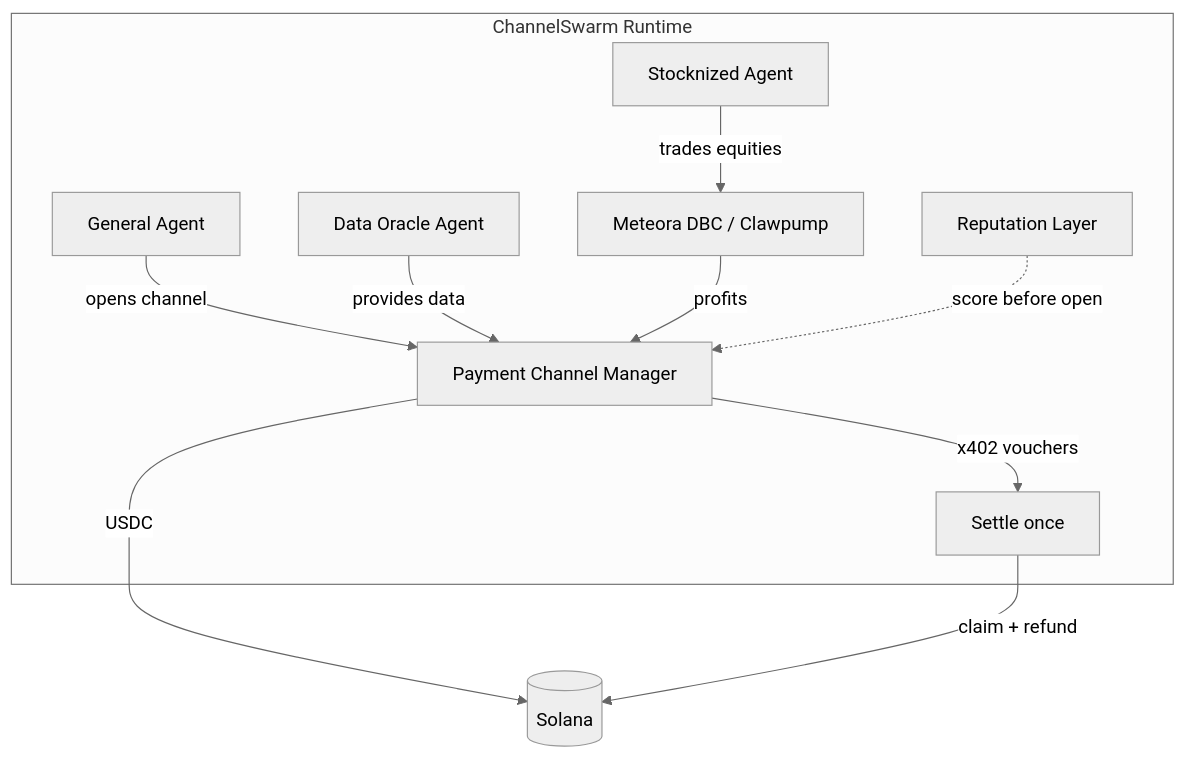
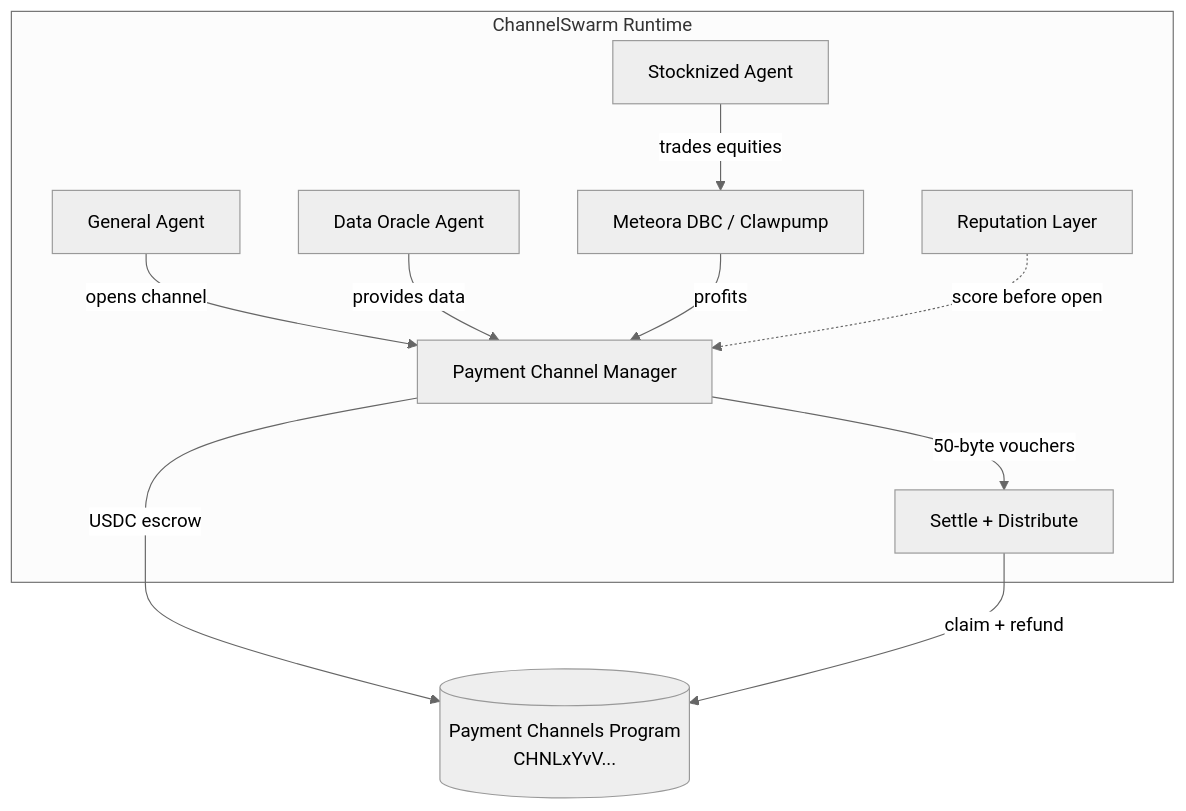
The diagram in README.md (wadezigh96/Channel_Swarm), drawn with Mermaid (neutral theme) before and after one commit. The commit also changed other lines of this file and 2 other files, not shown here.

Commit message:
Integrate real Payment Channels program (CHNLxYv...) + voucher wire format + deploy-ready dashboard

````diff
--- a/README.md
+++ b/README.md
@@ -39,14 +62,14 @@
 ```mermaid
 flowchart TB
     subgraph Swarm["ChannelSwarm Runtime"]
         A[General Agent] -->|opens channel| CH[Payment Channel Manager]
         B[Data Oracle Agent] -->|provides data| CH
         C[Stocknized Agent] -->|trades equities| M[Meteora DBC / Clawpump]
-        CH -->|x402 vouchers| S[Settle once]
+        CH -->|50-byte vouchers| S[Settle + Distribute]
         M -->|profits| CH
         R[Reputation Layer] -.->|score before open| CH
     end
 
-    CH -->|USDC| Solana[(Solana)]
-    S -->|claim + refund| Solana
+    CH -->|USDC escrow| PC[("Payment Channels Program<br/>CHNLxYvV...")]
+    S -->|claim + refund| PC
 ```
````
